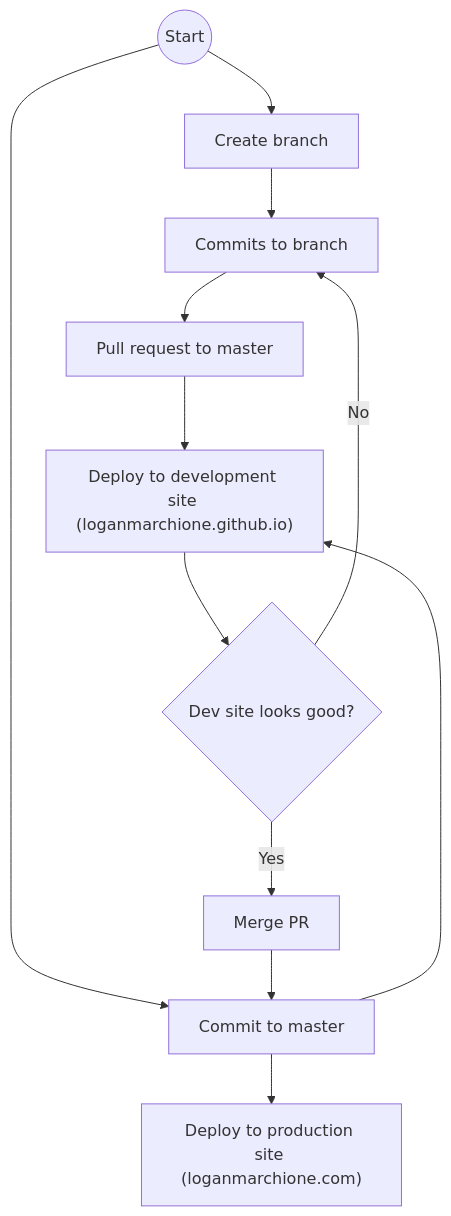
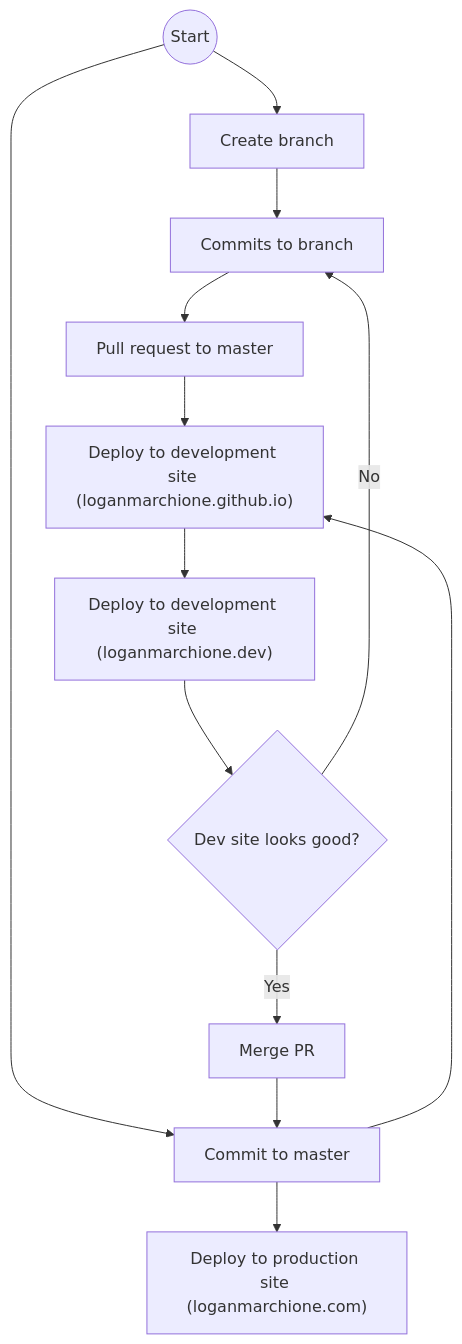
One commit to loganmarchione/loganmarchione.com changed the diagram in README.md. Above: the diagram before and after it, drawn with Mermaid. The commit also changed other lines of this file, not shown here.

````diff
--- a/README.md
+++ b/README.md
@@ -43,12 +44,13 @@
 ```mermaid
   graph TD
     A((Start)) --> B[Create branch] & C[Commit to master]
     B --> D[Commits to branch]
     C --> AA["Deploy to production site (loganmarchione.com)"] & BB["Deploy to development site (loganmarchione.github.io)"]
     D --> E[Pull request to master]
     G --> C
     E --> BB
     H{Dev site looks good?} -- No --> D
-    BB --> H
+    BB --> CC["Deploy to development site (loganmarchione.dev)"]
+    CC --> H
     H -- Yes --> G[Merge PR]
 ```
````
